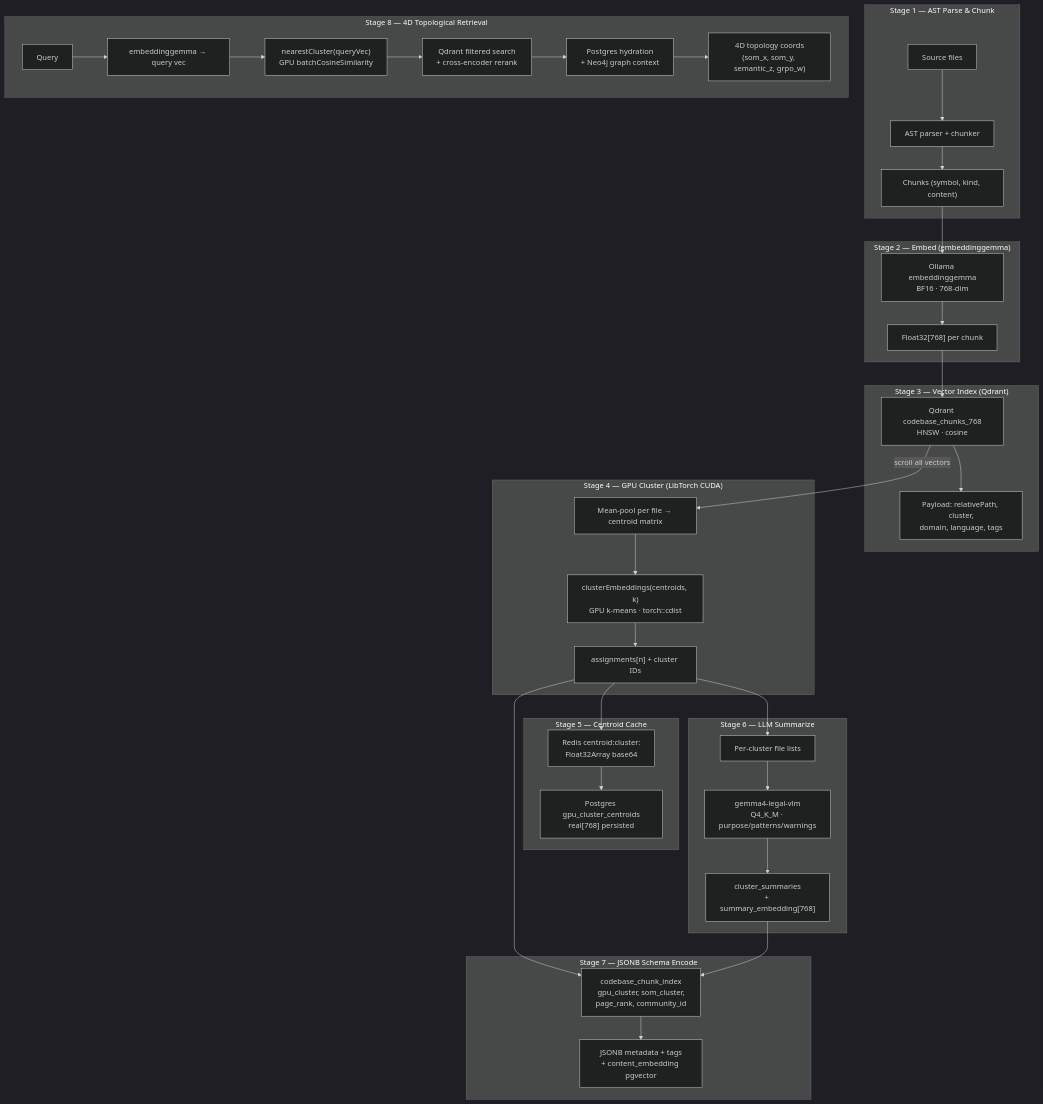
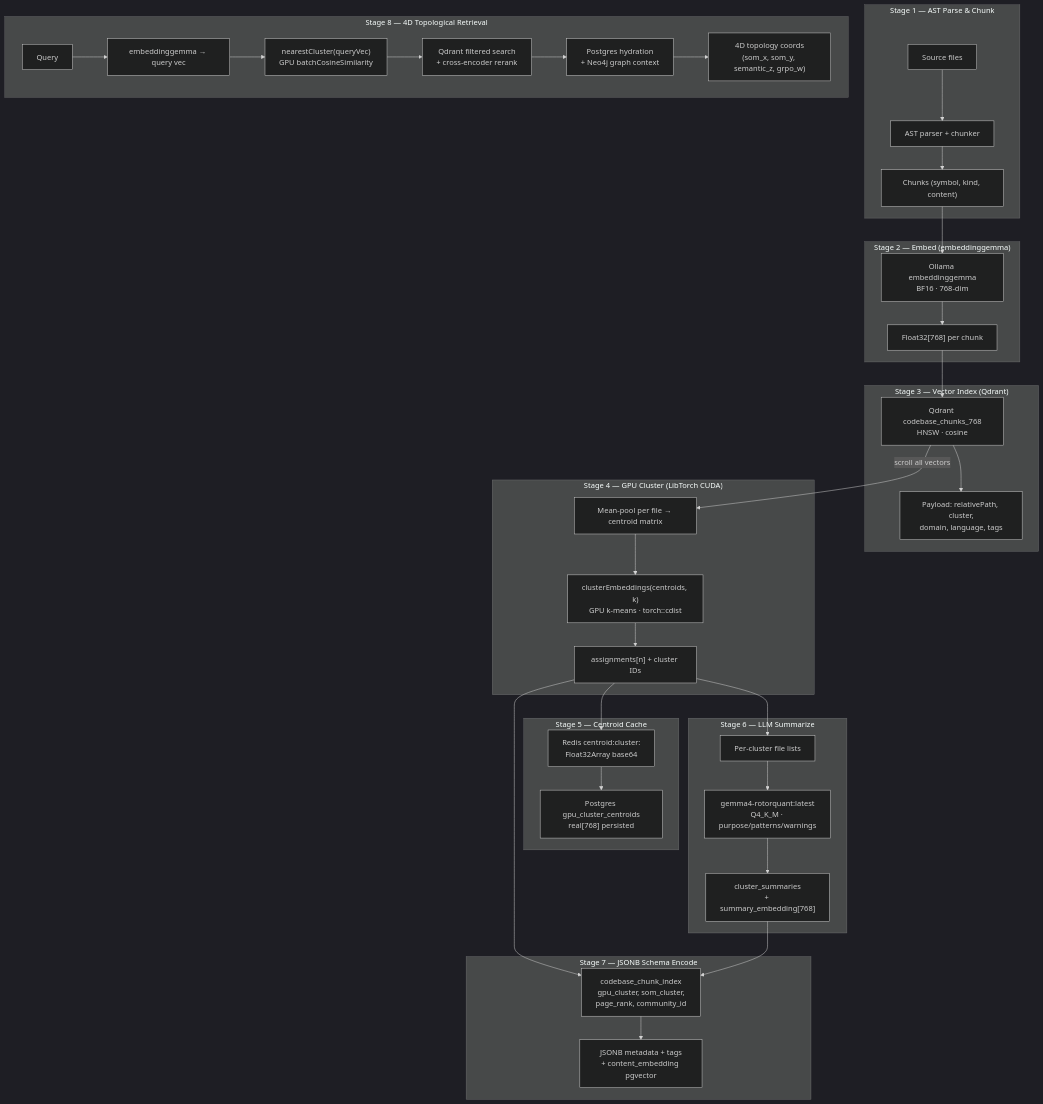
One commit to semaj90/deeds_web_app changed the first of 2 diagrams in sveltekit-frontend/docs/cuda-gpu-pipeline-audit.md. Above: the diagram before and after it, drawn with Mermaid (dark theme). The commit also changed other lines of this file and 725 other files, not shown here.

````diff
--- a/sveltekit-frontend/docs/cuda-gpu-pipeline-audit.md
+++ b/sveltekit-frontend/docs/cuda-gpu-pipeline-audit.md
@@ -141,48 +141,48 @@
 ```mermaid
 flowchart TD
     subgraph "Stage 1 — AST Parse & Chunk"
         A[Source files] --> B[AST parser + chunker]
         B --> C["Chunks (symbol, kind, content)"]
     end
 
     subgraph "Stage 2 — Embed (embeddinggemma)"
         C --> D["Ollama embeddinggemma<br/>BF16 · 768-dim"]
         D --> E["Float32[768] per chunk"]
     end
 
     subgraph "Stage 3 — Vector Index (Qdrant)"
         E --> F["Qdrant codebase_chunks_768<br/>HNSW · cosine"]
         F --> G["Payload: relativePath, cluster,<br/>domain, language, tags"]
     end
 
     subgraph "Stage 4 — GPU Cluster (LibTorch CUDA)"
         F -->|"scroll all vectors"| H["Mean-pool per file → centroid matrix"]
         H --> I["clusterEmbeddings(centroids, k)<br/>GPU k-means · torch::cdist"]
         I --> J["assignments[n] + cluster IDs"]
     end
 
     subgraph "Stage 5 — Centroid Cache"
         J --> K["Redis centroid:cluster:<id><br/>Float32Array base64"]
         K --> L["Postgres gpu_cluster_centroids<br/>real[768] persisted"]
     end
 
     subgraph "Stage 6 — LLM Summarize"
         J --> M["Per-cluster file lists"]
-        M --> N["gemma4-legal-vlm<br/>Q4_K_M · purpose/patterns/warnings"]
+        M --> N["gemma4-rotorquant:latest<br/>Q4_K_M · purpose/patterns/warnings"]
         N --> O["cluster_summaries<br/>+ summary_embedding[768]"]
     end
 
     subgraph "Stage 7 — JSONB Schema Encode"
         J --> P["codebase_chunk_index<br/>gpu_cluster, som_cluster,<br/>page_rank, community_id"]
         O --> P
         P --> Q["JSONB metadata + tags<br/>+ content_embedding pgvector"]
     end
 
     subgraph "Stage 8 — 4D Topological Retrieval"
         R[Query] --> S["embeddinggemma → query vec"]
         S --> T["nearestCluster(queryVec)<br/>GPU batchCosineSimilarity"]
         T --> U["Qdrant filtered search<br/>+ cross-encoder rerank"]
         U --> V["Postgres hydration<br/>+ Neo4j graph context"]
         V --> W["4D topology coords<br/>(som_x, som_y, semantic_z, grpo_w)"]
     end
 ```
````
